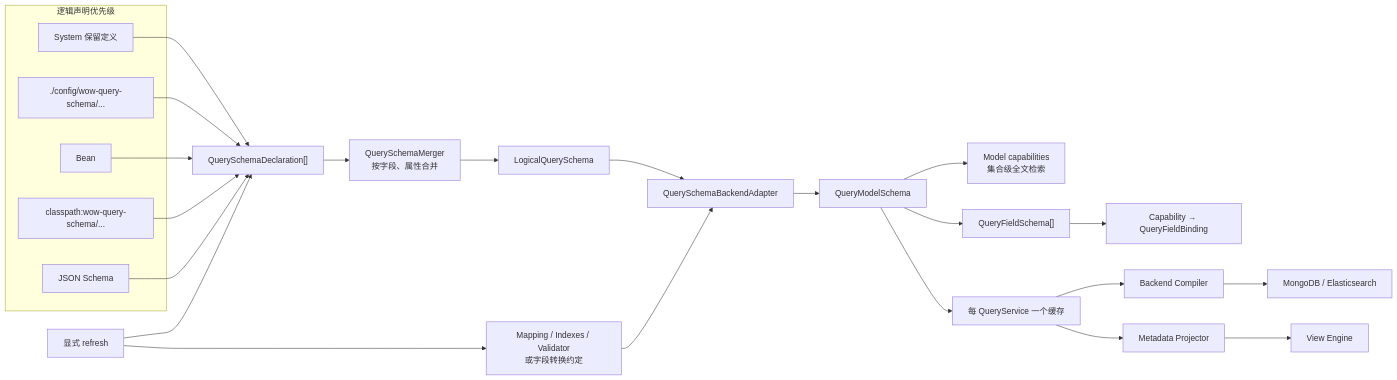
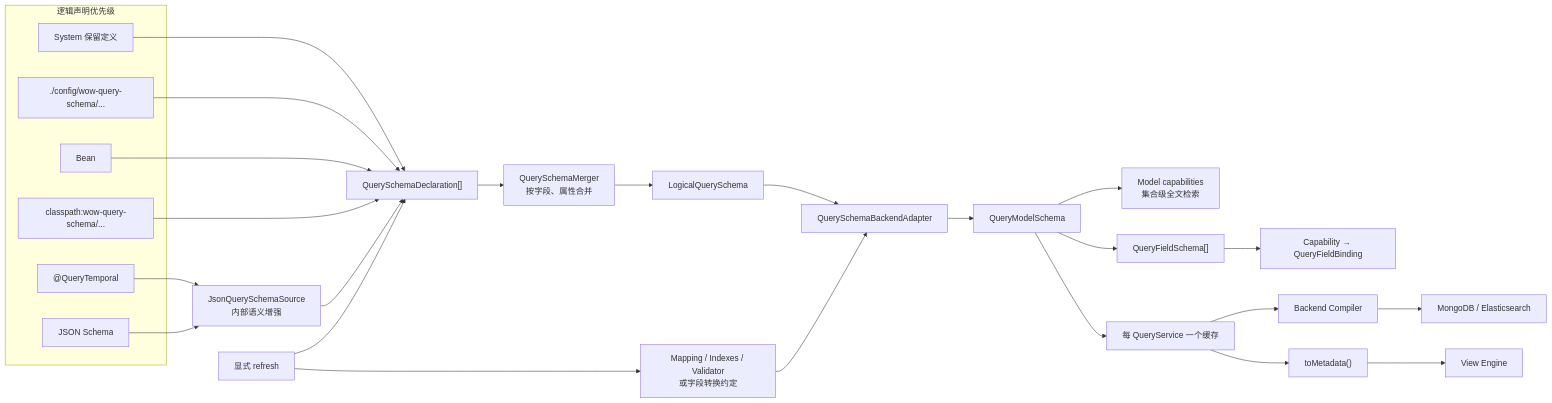
Before and after one commit to Ahoo-Wang/Wow: the second of 4 diagrams in docs/superpowers/specs/2026-08-26-query-model-schema-design.md, drawn with Mermaid. The commit also changed other lines of this file, not shown here.

Commit message:
docs(query): add temporal schema annotation

````diff
--- a/docs/superpowers/specs/2026-08-26-query-model-schema-design.md
+++ b/docs/superpowers/specs/2026-08-26-query-model-schema-design.md
@@ -830,37 +868,40 @@
 ```mermaid
 flowchart LR
     subgraph Priority["逻辑声明优先级"]
         S1["System 保留定义"]
         S2["./config/wow-query-schema/..."]
         S3["Bean"]
         S4["classpath:wow-query-schema/..."]
-        S5["JSON Schema"]
+        S5["@QueryTemporal"]
+        S6["JSON Schema"]
     end
 
     S1 --> Declarations["QuerySchemaDeclaration[]"]
     S2 --> Declarations
     S3 --> Declarations
     S4 --> Declarations
-    S5 --> Declarations
+    S5 --> JsonSource["JsonQuerySchemaSource<br/>内部语义增强"]
+    S6 --> JsonSource
+    JsonSource --> Declarations
 
     Declarations --> Merge["QuerySchemaMerger<br/>按字段、属性合并"]
     Merge --> Logical["LogicalQuerySchema"]
 
     Logical --> Adapter["QuerySchemaBackendAdapter"]
     BackendFacts["Mapping / Indexes / Validator<br/>或字段转换约定"] --> Adapter
 
     Adapter --> Schema["QueryModelSchema"]
     Schema --> ModelCapabilities["Model capabilities<br/>集合级全文检索"]
     Schema --> Fields["QueryFieldSchema[]"]
     Fields --> FieldBindings["Capability → QueryFieldBinding"]
 
     Schema --> Cache["每 QueryService 一个缓存"]
     Cache --> Compiler["Backend Compiler"]
-    Cache --> MetadataProjection["Metadata Projector"]
+    Cache --> MetadataProjection["toMetadata()"]
 
     Compiler --> Backend["MongoDB / Elasticsearch"]
     MetadataProjection --> ViewEngine["View Engine"]
 
     Refresh["显式 refresh"] --> Declarations
     Refresh --> BackendFacts
 ```
````
